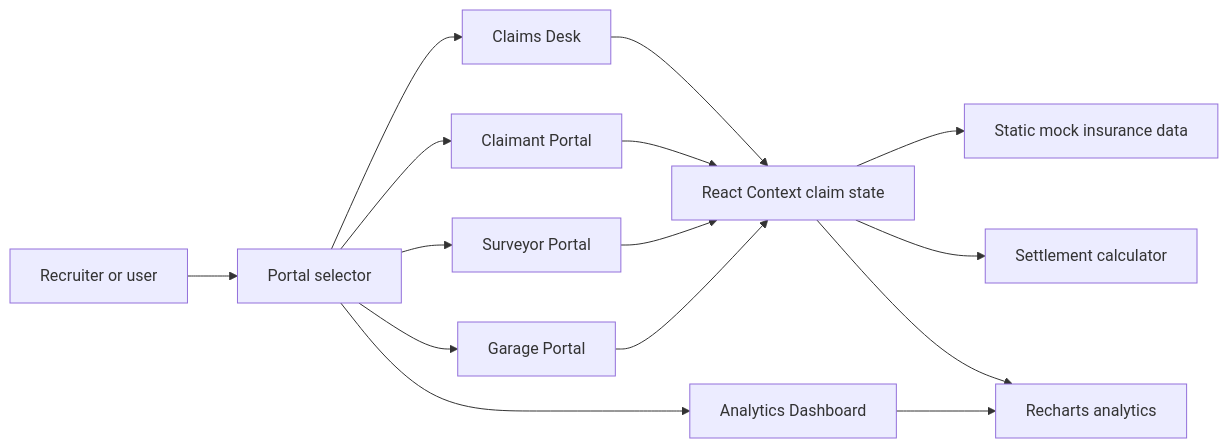
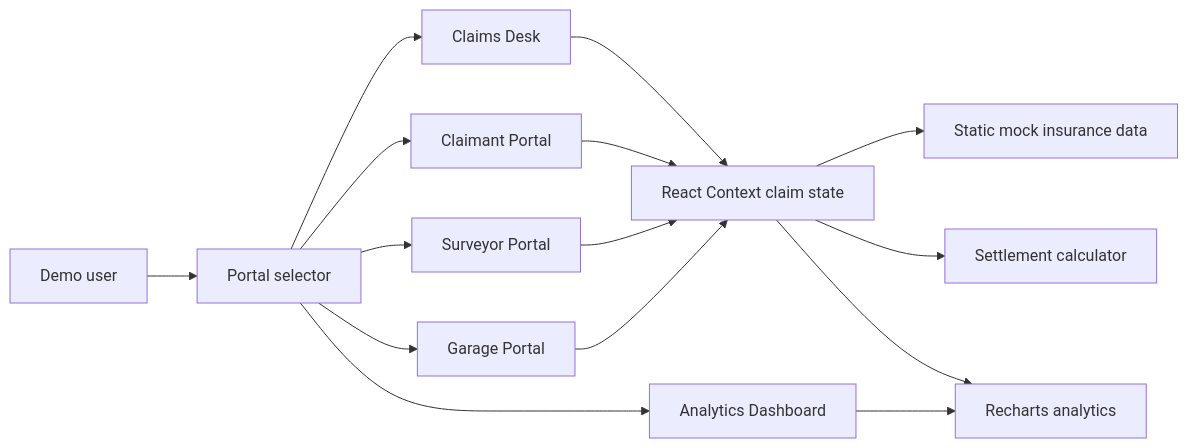
One commit to regvedpande/MotorClaimsInsuranceDemo changed the diagram in README.md. Above: the diagram before and after it, drawn with Mermaid. The commit also changed other lines of this file and 1 other file, not shown here.

Commit message:
Remove recruiter wording

````diff
--- a/README.md
+++ b/README.md
@@ -34,17 +34,17 @@
 ```mermaid
 flowchart LR
-  User[Recruiter or user] --> Landing[Portal selector]
+  User[Demo user] --> Landing[Portal selector]
   Landing --> Desk[Claims Desk]
   Landing --> Claimant[Claimant Portal]
   Landing --> Surveyor[Surveyor Portal]
   Landing --> Garage[Garage Portal]
   Landing --> Analytics[Analytics Dashboard]
   Desk --> State[React Context claim state]
   Claimant --> State
   Surveyor --> State
   Garage --> State
   State --> Data[Static mock insurance data]
   State --> Settlement[Settlement calculator]
   State --> Charts[Recharts analytics]
   Analytics --> Charts
 ```
````
